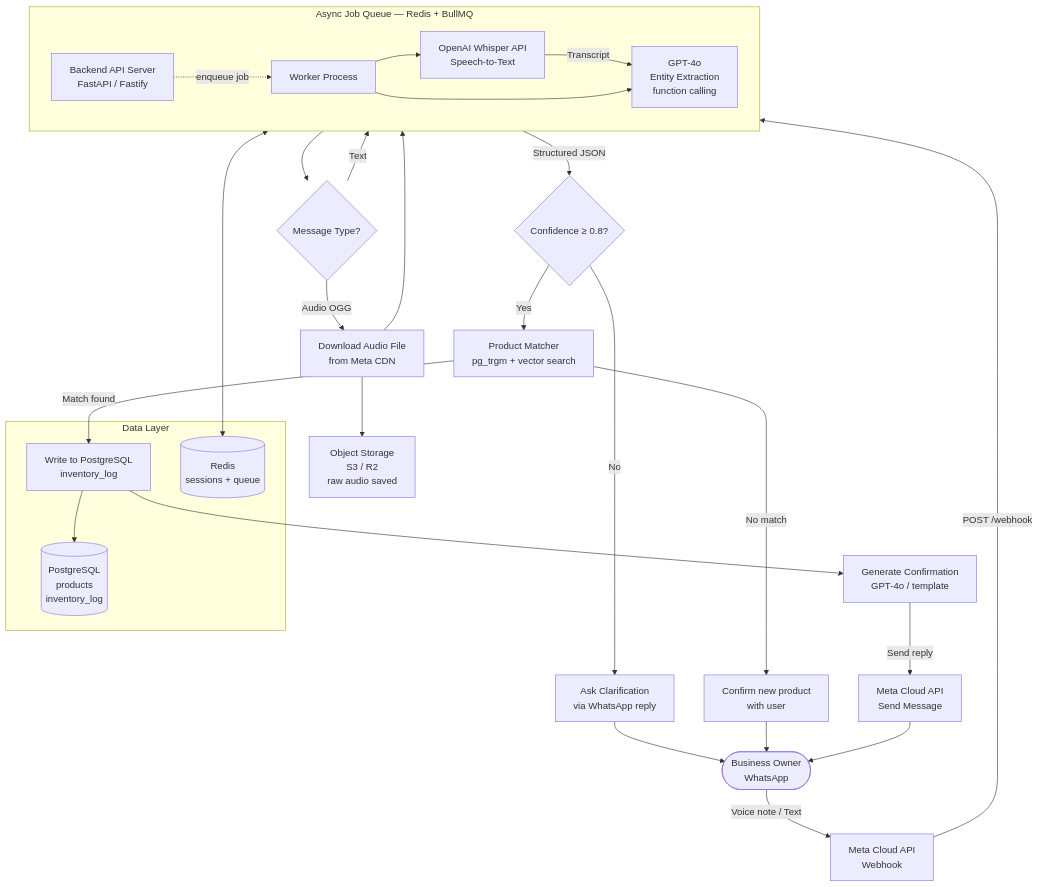
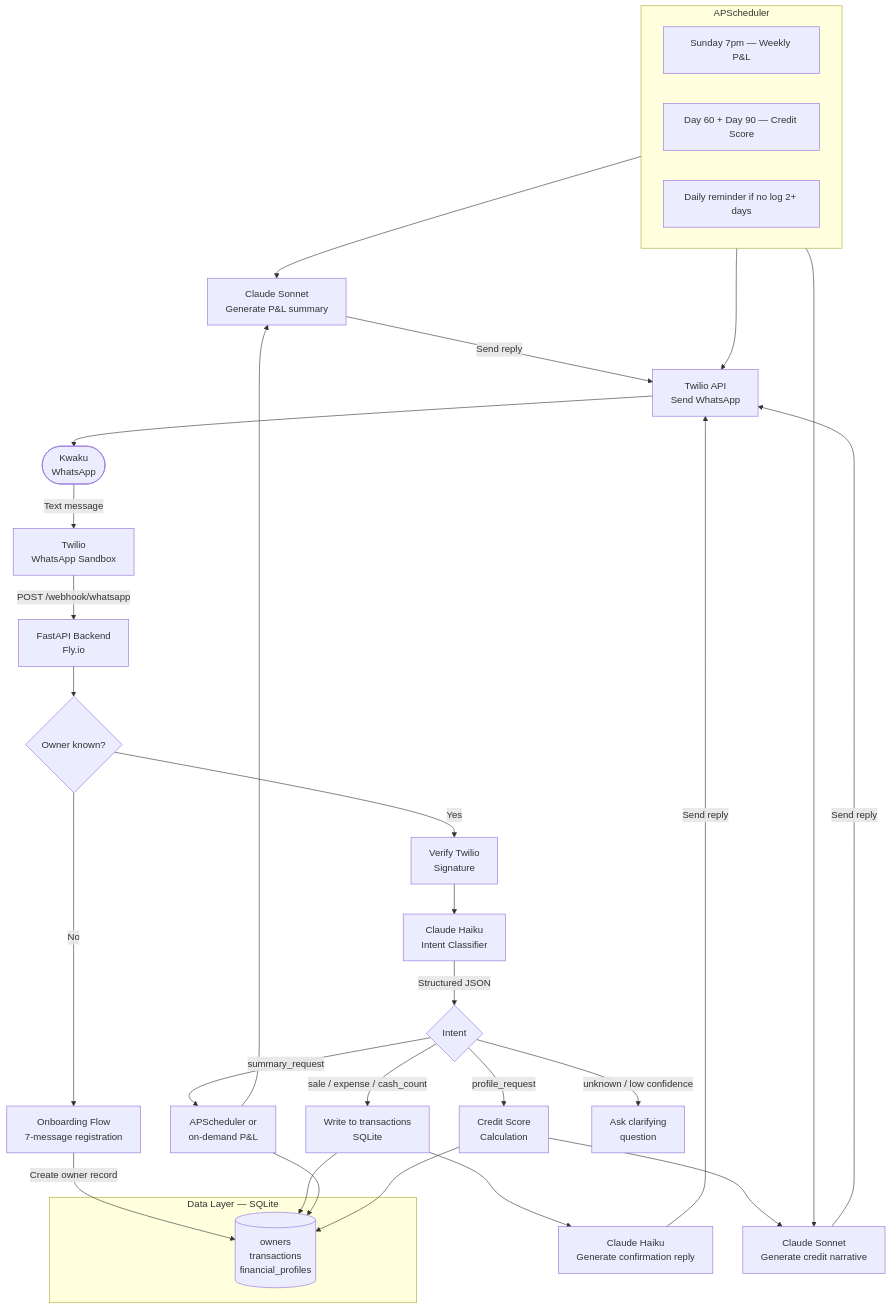
One commit to apakou/visible changed the first of 4 diagrams in README.md. Above: the diagram before and after it, drawn with Mermaid. The commit also changed other lines of this file, not shown here.

````diff
--- a/README.md
+++ b/README.md
@@ -102,42 +111,34 @@
 ```mermaid
 flowchart TD
-    A([Business Owner\nWhatsApp]) -->|Voice note / Text| B[Meta Cloud API\nWebhook]
-    B -->|POST /webhook| C[Backend API Server\nFastAPI / Fastify]
-
-    C --> D{Message Type?}
-    D -->|Audio OGG| E[Download Audio File\nfrom Meta CDN]
-    D -->|Text| G[NLU Pipeline]
-
-    E --> F[Object Storage\nS3 / R2\nraw audio saved]
-    E --> STT[OpenAI Whisper API\nSpeech-to-Text]
-    STT -->|Transcript| G
-
-    G[GPT-4o\nEntity Extraction\nfunction calling] -->|Structured JSON| H{Confidence ≥ 0.8?}
-
-    H -->|Yes| I[Product Matcher\npg_trgm + vector search]
-    H -->|No| LOW[Ask Clarification\nvia WhatsApp reply]
-    LOW --> A
-
-    I -->|Match found| J[Write to PostgreSQL\ninventory_log]
-    I -->|No match| NEW[Confirm new product\nwith user]
-    NEW --> A
-
-    J --> K[Generate Confirmation\nGPT-4o / template]
-    K -->|Send reply| L[Meta Cloud API\nSend Message]
-    L --> A
-
-    subgraph Queue [Async Job Queue — Redis + BullMQ]
-        direction LR
-        C -.->|enqueue job| QW[Worker Process]
-        QW --> STT
-        QW --> G
+    A([Kwaku\nWhatsApp]) -->|Text message| B[Twilio\nWhatsApp Sandbox]
+    B -->|POST /webhook/whatsapp| C[FastAPI Backend\nFly.io]
+    C --> D{Owner known?}
+    D -->|No| OB[Onboarding Flow\n7-message registration]
+    OB -->|Create owner record| PG
+    D -->|Yes| E[Verify Twilio\nSignature]
+    E --> F[Claude Haiku\nIntent Classifier]
+    F -->|Structured JSON| G{Intent}
+    G -->|sale / expense / cash_count| H[Write to transactions\nSQLite]
+    G -->|summary_request| I[APScheduler or\non-demand P&L]
+    G -->|profile_request| J[Credit Score\nCalculation]
+    G -->|unknown / low confidence| K[Ask clarifying\nquestion]
+    H --> L[Claude Haiku\nGenerate confirmation reply]
+    I --> M[Claude Sonnet\nGenerate P&L summary]
+    J --> N[Claude Sonnet\nGenerate credit narrative]
+    L & M & N -->|Send reply| TW[Twilio API\nSend WhatsApp]
+    TW --> A
+    subgraph DB [Data Layer — SQLite]
+        PG[(owners\ntransactions\nfinancial_profiles)]
     end
-
-    subgraph DB [Data Layer]
-        J
-        PostgreSQL[(PostgreSQL\nproducts\ninventory_log)]
-        Redis[(Redis\nsessions + queue)]
-        J --> PostgreSQL
-        C <--> Redis
+    H --> PG
+    I --> PG
+    J --> PG
+    subgraph Scheduler [APScheduler]
+        S1[Sunday 7pm — Weekly P&L]
+        S2[Day 60 + Day 90 — Credit Score]
+        S3[Daily reminder if no log 2+ days]
     end
+    Scheduler --> M
+    Scheduler --> N
+    Scheduler --> TW
 ```
````
